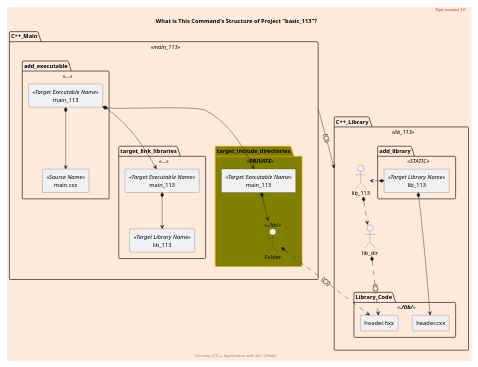
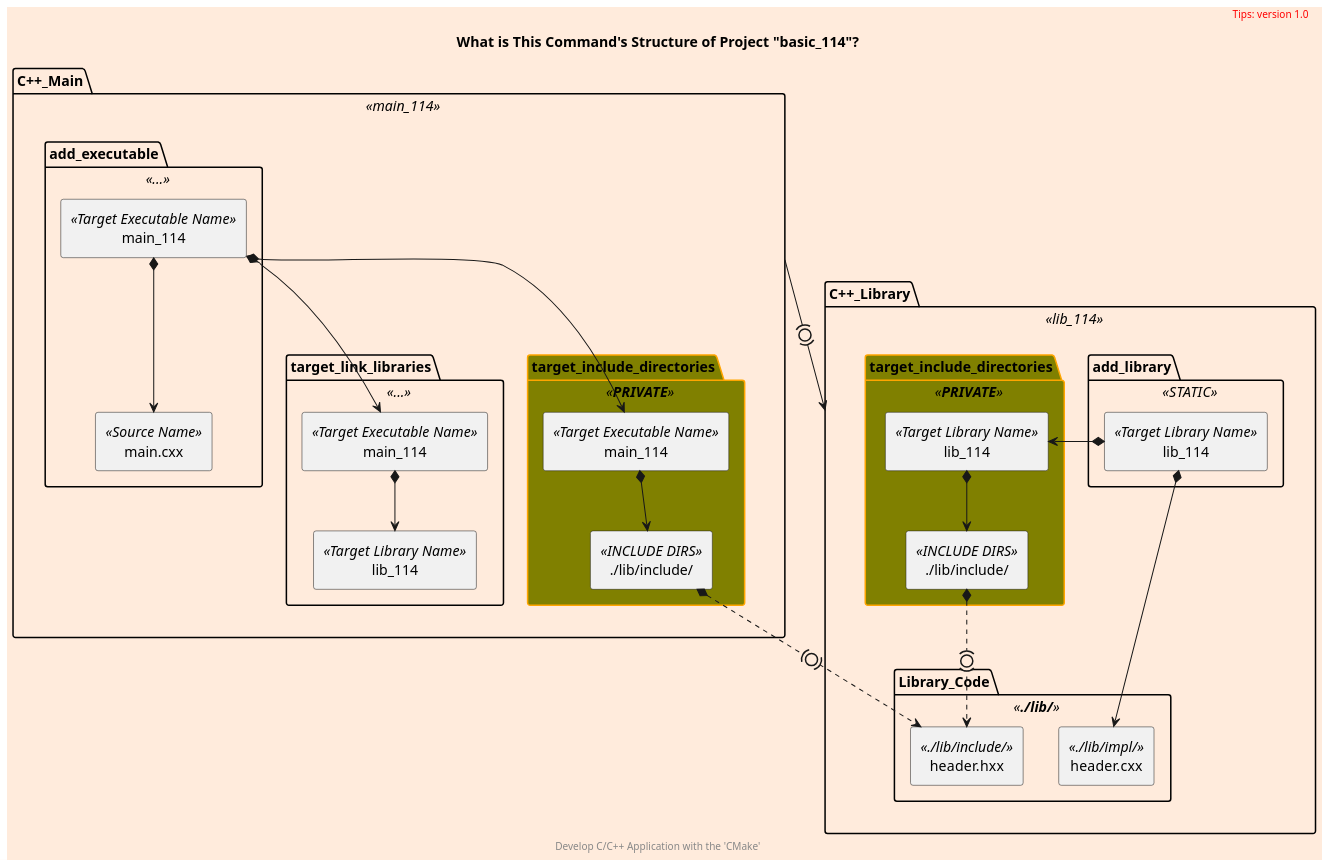
One commit to cnruby/w3h1_cmake changed the diagram in docs/what-command.puml. Above: the diagram before and after it, drawn with PlantUML. The commit also changed 28 other files, not shown here.

```diff
--- a/docs/what-command.puml
+++ b/docs/what-command.puml
@@ -1,67 +1,67 @@
 @startuml
-scale 1000 width
+scale 700 width
 skinparam backgroundColor #FFEBDC
-scale 0.6
+scale 1.5
 
 skinparam Folder {
   backgroundColor Olive
   borderColor orange
 }
 
-package C++_Main <<main_113>> as cxx_main {
+package C++_Main <<main_114>> as cxx_main {
     package target_link_libraries <<...>> {
-        rectangle main_113 <<Target Executable Name>> as main_113_link
-        rectangle lib_113 <<Target Library Name>> as library_link
+        rectangle main_114 <<Target Executable Name>> as main_114_link
+        rectangle lib_114 <<Target Library Name>> as library_link
     }
     package add_executable <<...>> {
-        rectangle main_113 <<Target Executable Name>> as main_113
+        rectangle main_114 <<Target Executable Name>> as main_114
         rectangle main.cxx <<Source Name>> as main_cxx
     }
     Folder target_include_directories <<**PRIVATE**>> as include_exe {
-        rectangle main_113 <<Target Executable Name>> as exe_113
-        Folder <<./lib/>> as main_lib_dir
+        rectangle main_114 <<Target Executable Name>> as exe_114
+        rectangle "./lib/include/" <<INCLUDE DIRS>> as lib_dir
     }
 
-    main_113 *--> main_cxx
-    main_113 *--> exe_113
-    exe_113 *--> main_lib_dir
-    main_113 *--> main_113_link
-    main_113_link *--> library_link
+    main_114 *--> main_cxx
+    main_114 *--> exe_114
+    exe_114 *--> lib_dir
+    main_114 *--> main_114_link
+    main_114_link *--> library_link
 }
 
 
-package C++_Library <<lib_113>> as cxx_lib {
+package C++_Library <<lib_114>> as cxx_lib {
     package add_library <<STATIC>> as add_library {
-        rectangle lib_113 <<Target Library Name>> as lib
+        rectangle lib_114 <<Target Library Name>>
     }
-    'Folder target_include_directories <<**PRIVATE**>> as include_lib {
-    '    Folder <<./lib/>> as lib_dir
-    '    rectangle lib_113 <<Target Library Name>>
-    '}
+    Folder target_include_directories <<**PRIVATE**>> as include_lib {
+        rectangle lib_114 <<Target Library Name>> as library
+        rectangle "./lib/include/" <<INCLUDE DIRS>> as lib
+    }
     package Library_Code <<**./lib/**>> as library_code {
-        rectangle header.hxx as header_hxx
-        rectangle header.cxx as header_cxx
+        rectangle header.hxx <<./lib/include/>> as header_hxx
+        rectangle header.cxx <<./lib/impl/>> as header_cxx
     }
 
-    lib *.right.> lib_113
-    lib *--> header_cxx
-    lib_113 *..> lib_dir
-    lib_dir *.(0).> header_hxx
+    lib_114 *-right-> library
+    lib_114 *--> header_cxx
+    library *--> lib
+    lib *.(0).> header_hxx
 }
 
 cxx_main -(0)-> cxx_lib
-'library_link *.(0).> lib_113
-main_lib_dir *.(0).> header_hxx
+'library_link *.(0).> library
+lib_dir *.(0).> header_hxx
 
 
 title
-    What is This Command's Structure of Project "basic_113"?
+    What is This Command's Structure of Project "basic_114"?
 end title
 
 header
 <font color=red>Tips: version 1.0</font>
 endheader
 
 center footer Develop C/C++ Application with the 'CMake'
 
 @enduml
```
